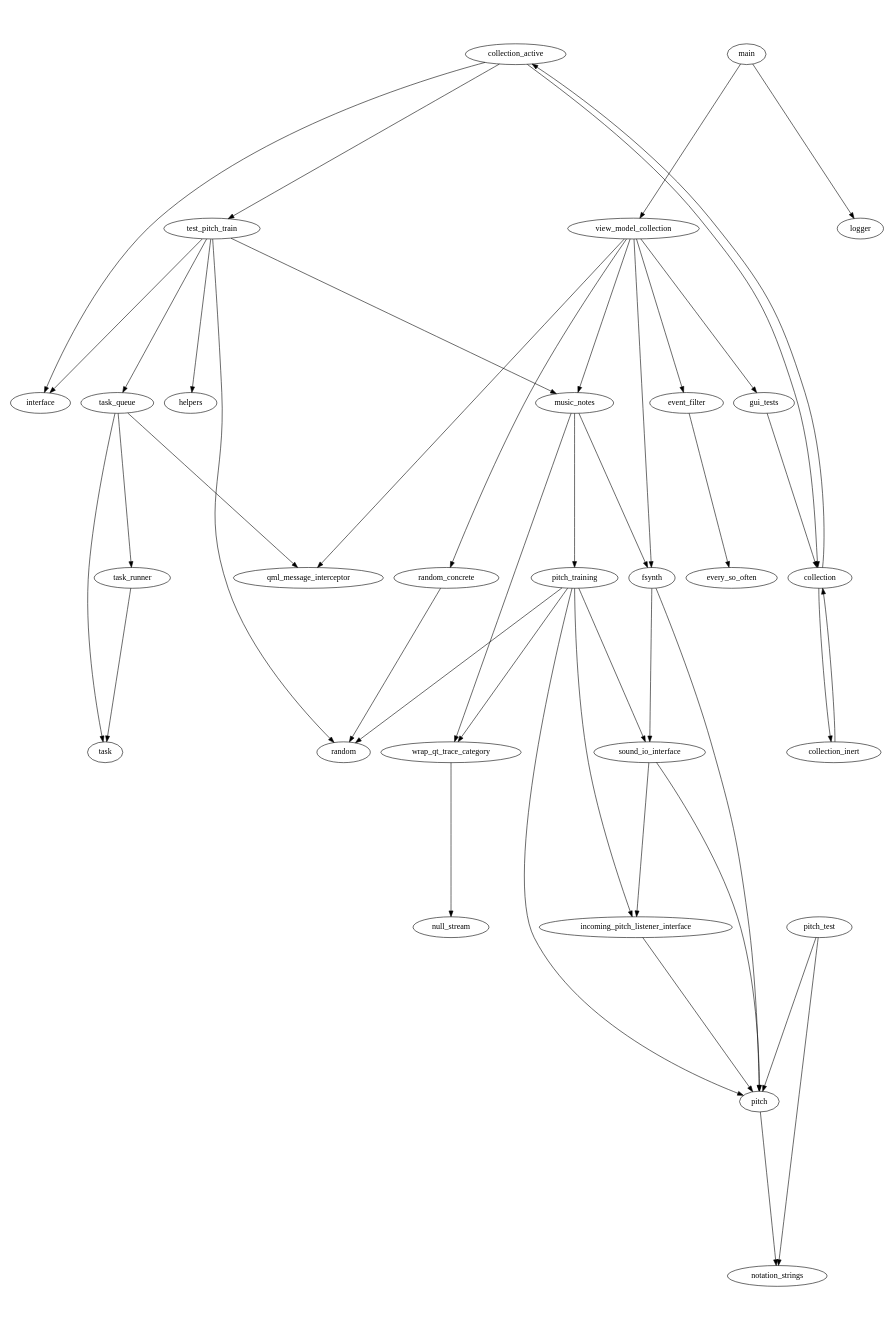
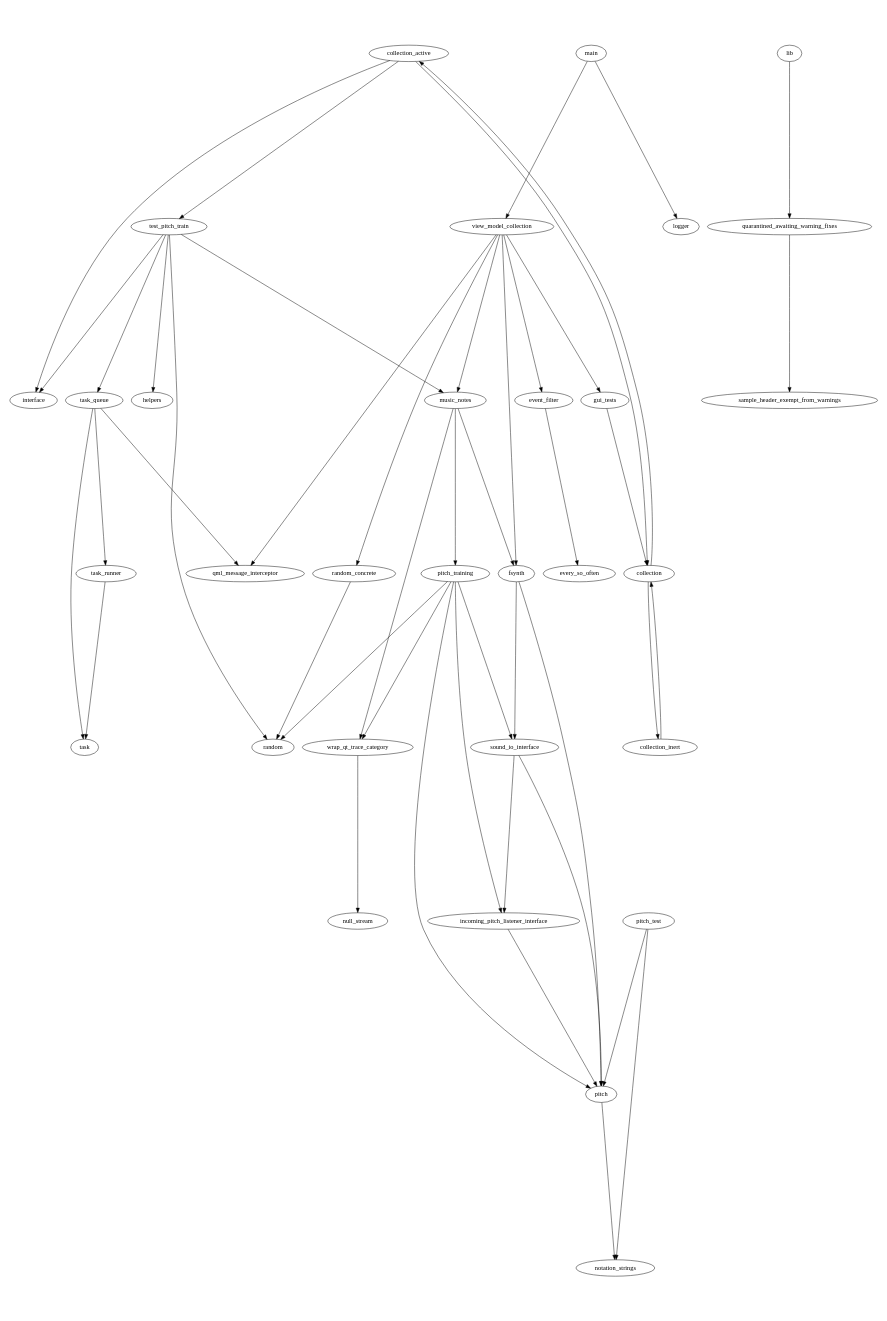
One commit to pestophagous/heory changed the diagram in sw_arch_doc/all_src.dot. Above: the diagram before and after it, drawn with Graphviz. The commit also changed 55 other files, not shown here.

```diff
--- a/sw_arch_doc/all_src.dot
+++ b/sw_arch_doc/all_src.dot
@@ -1,51 +1,53 @@
 digraph "source tree" {
     overlap=scale;
     size="12,18";
     ratio="fill";
     fontsize="16";
     fontname="Helvetica";
     clusterrank="local";
 	"collection_active" -> "collection"
 	"collection_active" -> "interface"
 	"collection_active" -> "test_pitch_train"
 	"collection" -> "collection_active"
 	"collection" -> "collection_inert"
 	"collection_inert" -> "collection"
 	"event_filter" -> "every_so_often"
 	"fsynth" -> "pitch"
 	"fsynth" -> "sound_io_interface"
 	"gui_tests" -> "collection"
 	"incoming_pitch_listener_interface" -> "pitch"
+	"lib" -> "quarantined_awaiting_warning_fixes"
 	"main" -> "logger"
 	"main" -> "view_model_collection"
 	"music_notes" -> "fsynth"
 	"music_notes" -> "pitch_training"
 	"music_notes" -> "wrap_qt_trace_category"
 	"pitch" -> "notation_strings"
 	"pitch_test" -> "notation_strings"
 	"pitch_test" -> "pitch"
 	"pitch_training" -> "incoming_pitch_listener_interface"
 	"pitch_training" -> "pitch"
 	"pitch_training" -> "random"
 	"pitch_training" -> "sound_io_interface"
 	"pitch_training" -> "wrap_qt_trace_category"
+	"quarantined_awaiting_warning_fixes" -> "sample_header_exempt_from_warnings"
 	"random_concrete" -> "random"
 	"sound_io_interface" -> "incoming_pitch_listener_interface"
 	"sound_io_interface" -> "pitch"
 	"task_queue" -> "qml_message_interceptor"
 	"task_queue" -> "task"
 	"task_queue" -> "task_runner"
 	"task_runner" -> "task"
 	"test_pitch_train" -> "helpers"
 	"test_pitch_train" -> "interface"
 	"test_pitch_train" -> "music_notes"
 	"test_pitch_train" -> "random"
 	"test_pitch_train" -> "task_queue"
 	"view_model_collection" -> "event_filter"
 	"view_model_collection" -> "fsynth"
 	"view_model_collection" -> "gui_tests"
 	"view_model_collection" -> "music_notes"
 	"view_model_collection" -> "qml_message_interceptor"
 	"view_model_collection" -> "random_concrete"
 	"wrap_qt_trace_category" -> "null_stream"
 }
```
